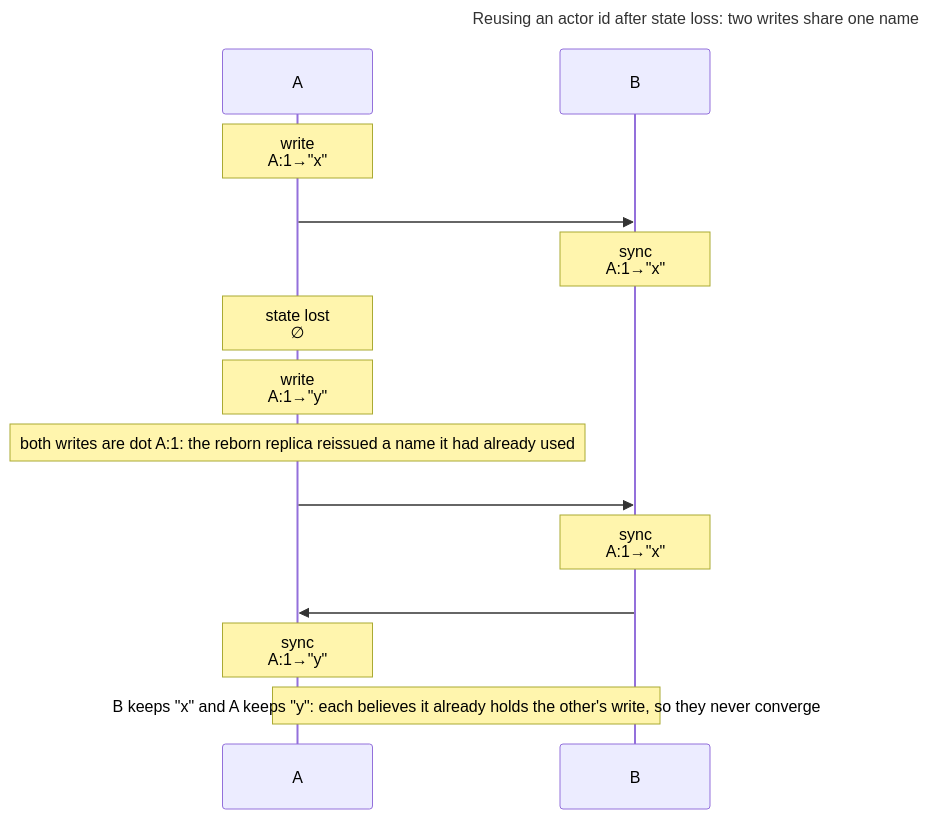
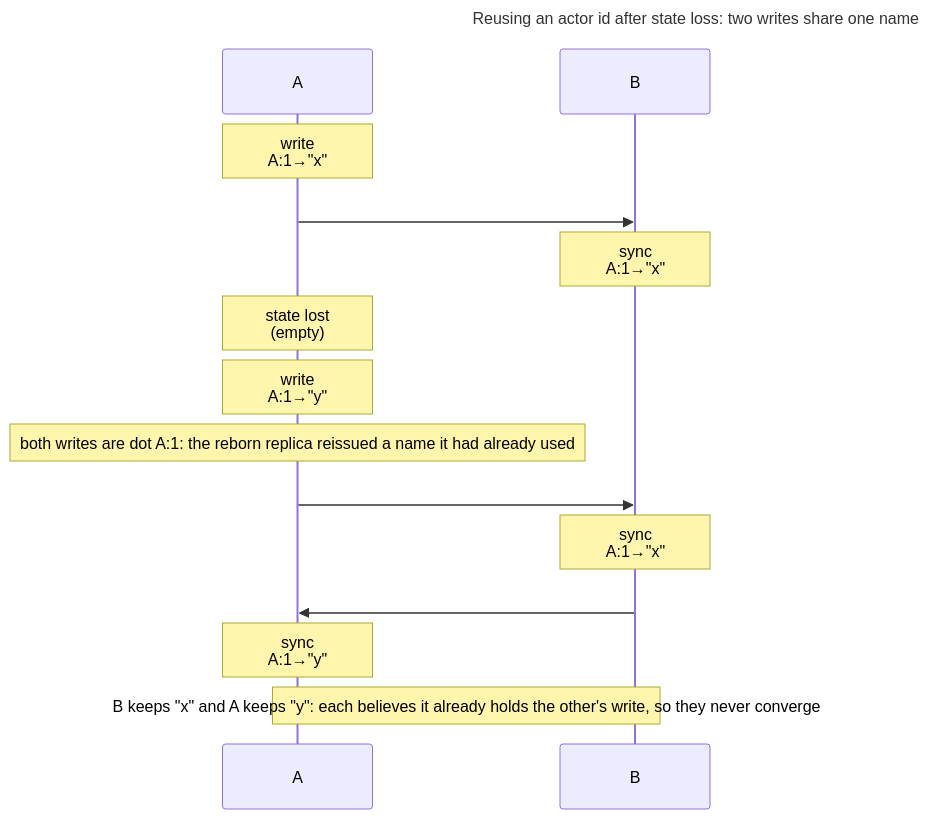
Before and after one commit to sploiselle/rust-algs: the diagram in figures/actor-id-reuse.mmd, drawn with Mermaid. The commit also changed 24 other files, not shown here.

```diff
--- a/figures/actor-id-reuse.mmd
+++ b/figures/actor-id-reuse.mmd
@@ -1,17 +1,17 @@
 ---
 title: "Reusing an actor id after state loss: two writes share one name"
 ---
 sequenceDiagram
     participant L0 as A
     participant L1 as B
     Note over L0: write<br/>A:1→"x"
     L0->>L1: #8203;
     Note over L1: sync<br/>A:1→"x"
-    Note over L0: state lost<br/>∅
+    Note over L0: state lost<br/>(empty)
     Note over L0: write<br/>A:1→"y"
     Note over L0: both writes are dot A:1: the reborn replica reissued a name it had already used
     L0->>L1: #8203;
     Note over L1: sync<br/>A:1→"x"
     L1->>L0: #8203;
     Note over L0: sync<br/>A:1→"y"
     Note over L1,L0: B keeps "x" and A keeps "y": each believes it already holds the other's write, so they never converge
```
